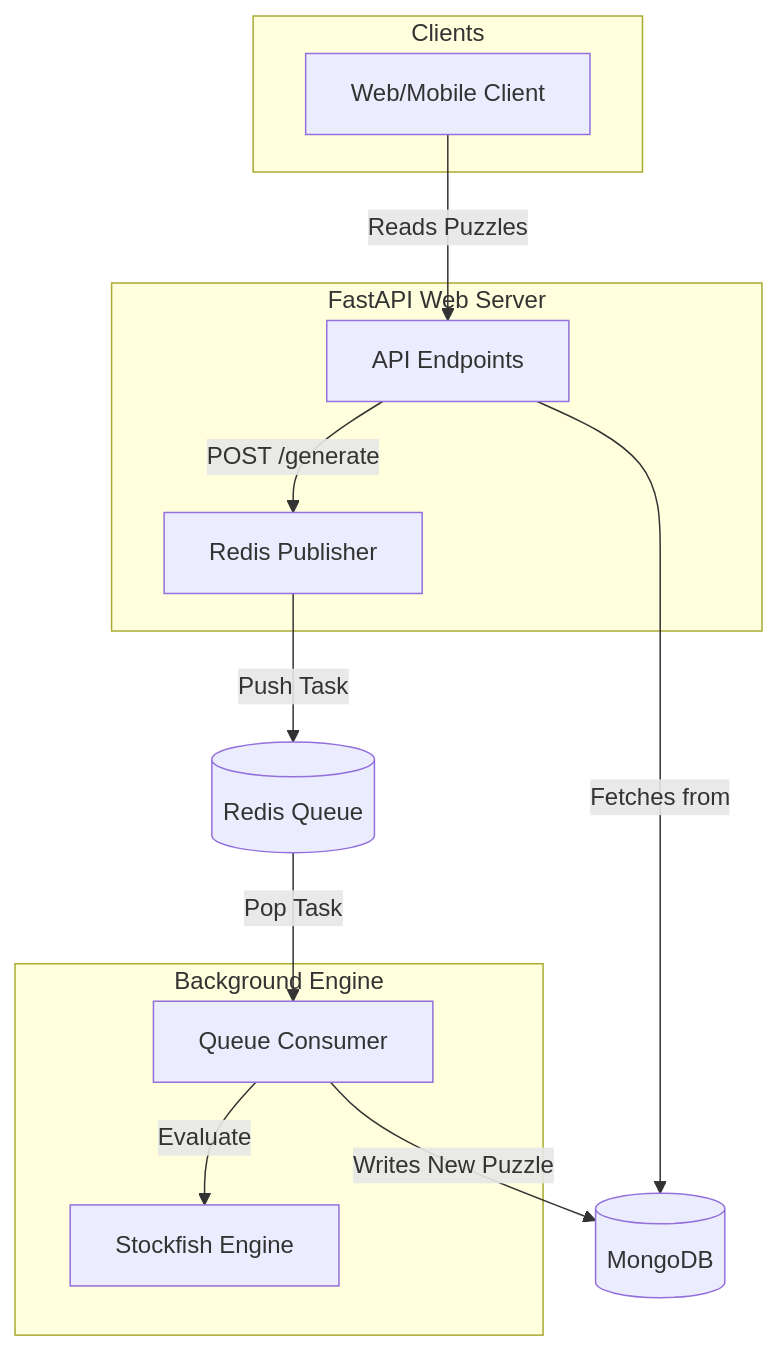
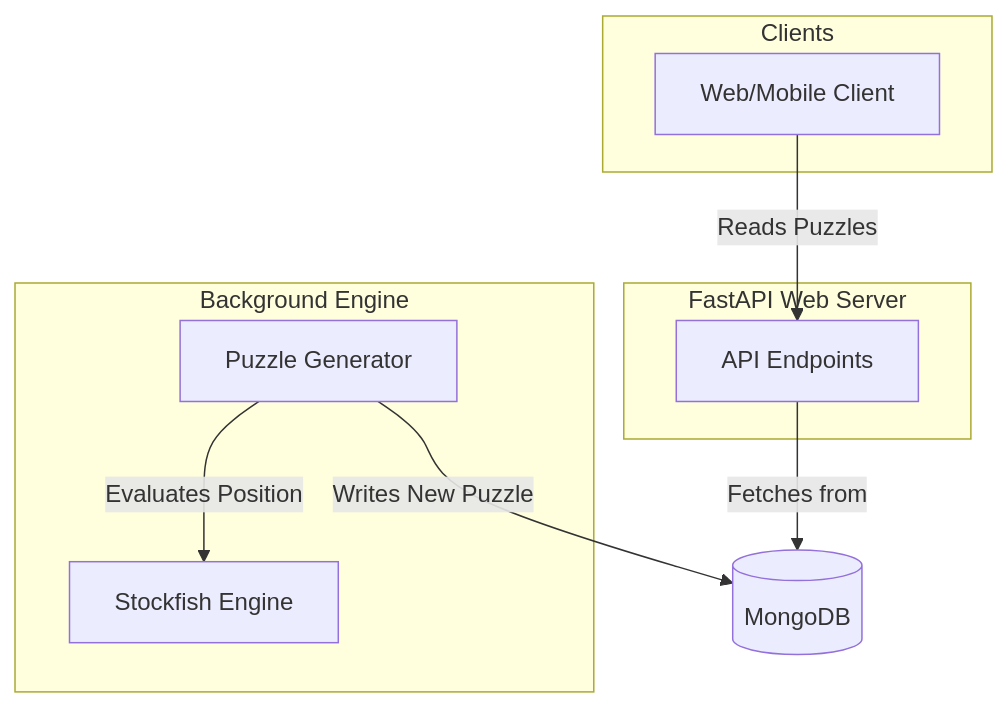
One commit to duilio92/ChessChallengers changed the diagram in README.md. Above: the diagram before and after it, drawn with Mermaid. The commit also changed other lines of this file, not shown here.

Commit message:
update README, simpler diagram

````diff
--- a/README.md
+++ b/README.md
@@ -11,32 +11,25 @@
 ```mermaid
 graph TD
     subgraph "Clients"
         Web[Web/Mobile Client]
     end
 
     subgraph "FastAPI Web Server"
         API[API Endpoints]
-        Publisher[Redis Publisher]
     end
 
     subgraph "Background Engine"
-        Worker[Queue Consumer]
+        Generator[Puzzle Generator]
         Stockfish[Stockfish Engine]
     end
 
     DB[(MongoDB)]
-    RedisQueue[(Redis Queue)]
 
     %% API Read Flow
     Web -- "Reads Puzzles" --> API
     API -- "Fetches from" --> DB
     
-    %% Generation Request Flow
-    API -- "POST /generate" --> Publisher
-    Publisher -- "Push Task" --> RedisQueue
-    
     %% Worker Generation Flow
-    RedisQueue -- "Pop Task" --> Worker
-    Worker -- "Evaluate" --> Stockfish
-    Worker -- "Writes New Puzzle" --> DB
+    Generator -- "Evaluates Position" --> Stockfish
+    Generator -- "Writes New Puzzle" --> DB
 ```
````
